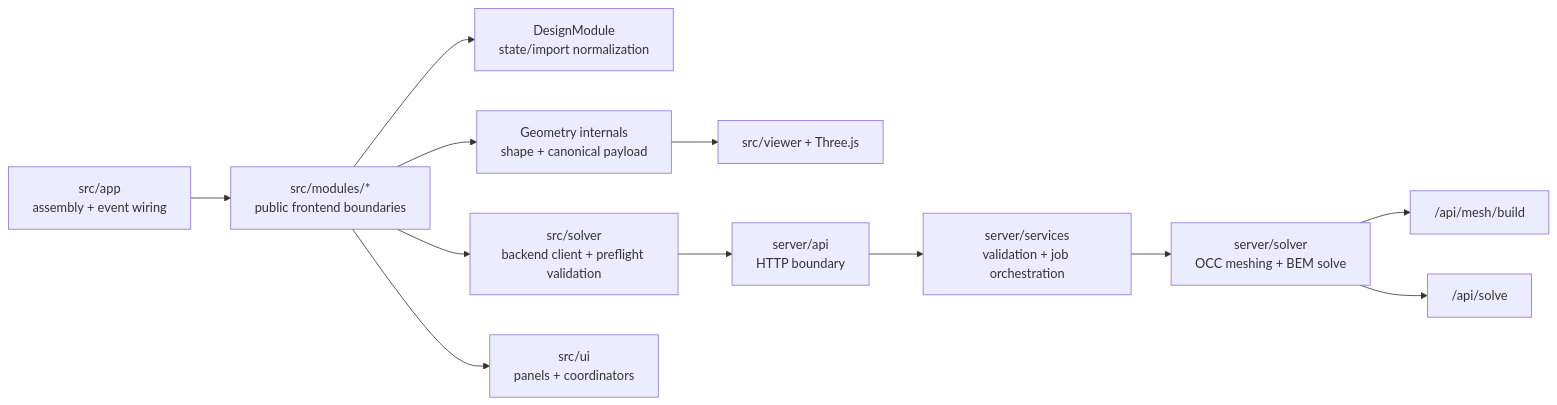
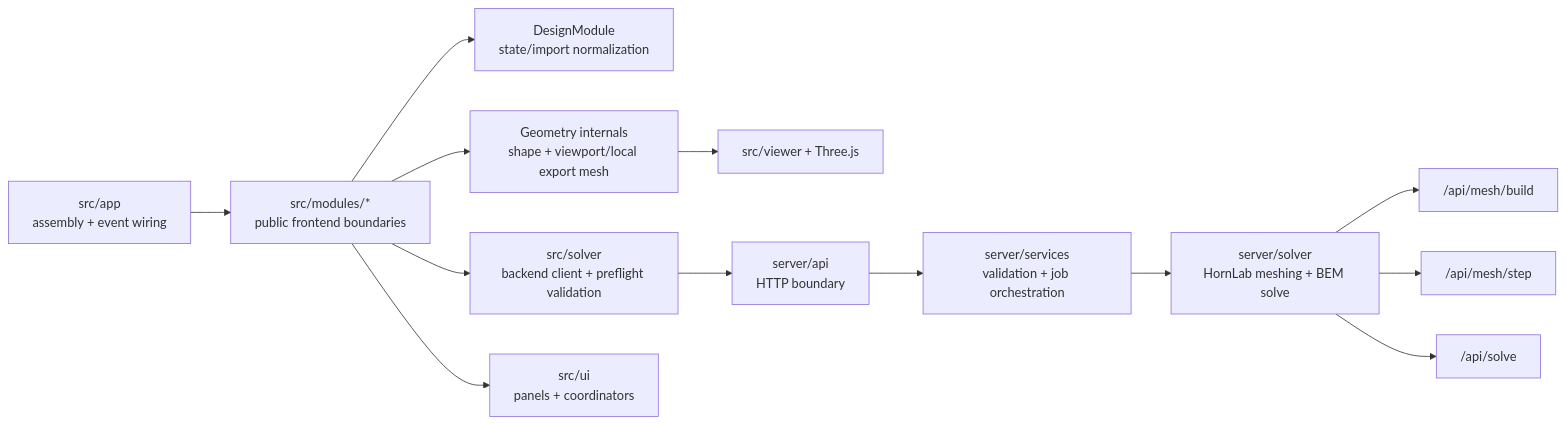
The diagram in docs/PROJECT_DOCUMENTATION.md (m3gnus/waveguide-generator), drawn with Mermaid before and after one commit. The commit also changed other lines of this file and 207 other files, not shown here.

Commit message:
feat: integrate HornLab mesh and solver backends

````diff
--- a/docs/PROJECT_DOCUMENTATION.md
+++ b/docs/PROJECT_DOCUMENTATION.md
@@ -87,14 +86,15 @@
 ```mermaid
 flowchart LR
   App["src/app<br/>assembly + event wiring"] --> Modules["src/modules/*<br/>public frontend boundaries"]
   Modules --> Design["DesignModule<br/>state/import normalization"]
-  Modules --> Geometry["Geometry internals<br/>shape + canonical payload"]
+  Modules --> Geometry["Geometry internals<br/>shape + viewport/local export mesh"]
   Modules --> SolverClient["src/solver<br/>backend client + preflight validation"]
   Modules --> UiRuntime["src/ui<br/>panels + coordinators"]
   Geometry --> Viewer["src/viewer + Three.js"]
   SolverClient --> Api["server/api<br/>HTTP boundary"]
   Api --> Services["server/services<br/>validation + job orchestration"]
-  Services --> SolverDomain["server/solver<br/>OCC meshing + BEM solve"]
+  Services --> SolverDomain["server/solver<br/>HornLab meshing + BEM solve"]
   SolverDomain --> MeshBuild["/api/mesh/build"]
+  SolverDomain --> StepBuild["/api/mesh/step"]
   SolverDomain --> Solve["/api/solve"]
 ```
````
